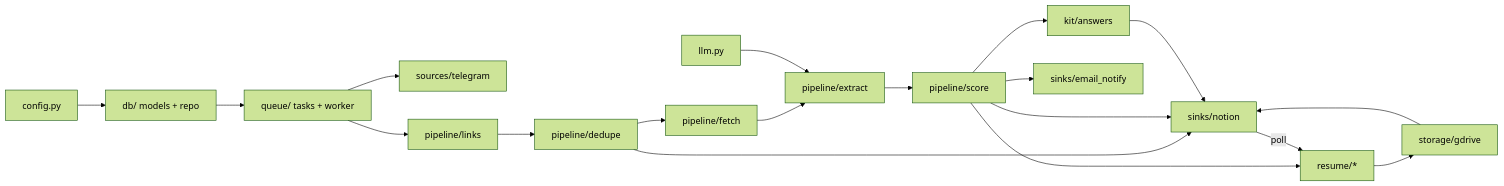
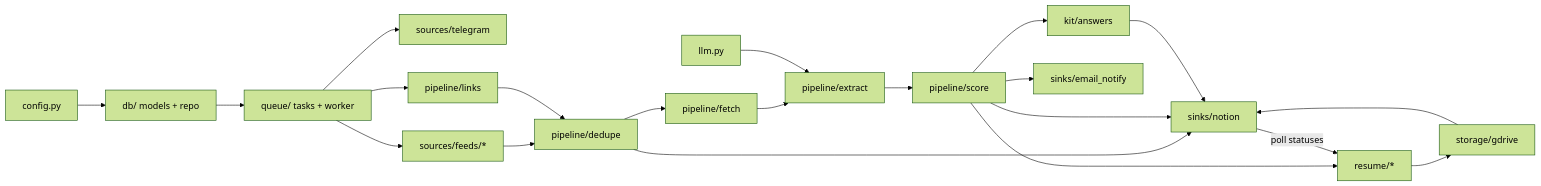
Before and after one commit to ThePlator/JobRadar: the second of 2 diagrams in PLAN.md, drawn with Mermaid (forest theme). The commit also changed other lines of this file, not shown here.

First line of the commit message:
Plan v0.2.5: Notion status sync and job feeds, before resumes

````diff
--- a/PLAN.md
+++ b/PLAN.md
@@ -49,15 +55,16 @@
 ```mermaid
 flowchart LR
     CFG[config.py] --> DB[db/ models + repo]
     DB --> Q[queue/ tasks + worker]
     Q --> SRC[sources/telegram]
+    Q --> FEEDS[sources/feeds/*] --> DED
     Q --> LINKS[pipeline/links] --> DED[pipeline/dedupe]
     DED --> NOTION[sinks/notion]
     DED --> FETCH[pipeline/fetch] --> EXT[pipeline/extract]
     LLM[llm.py] --> EXT --> SCORE[pipeline/score]
     SCORE --> NOTION
     SCORE --> RES[resume/*] --> GD[storage/gdrive] --> NOTION
     SCORE --> KIT[kit/answers] --> NOTION
     SCORE --> MAIL[sinks/email_notify]
-    NOTION -- poll --> RES
+    NOTION -- poll statuses --> RES
 ```
````
